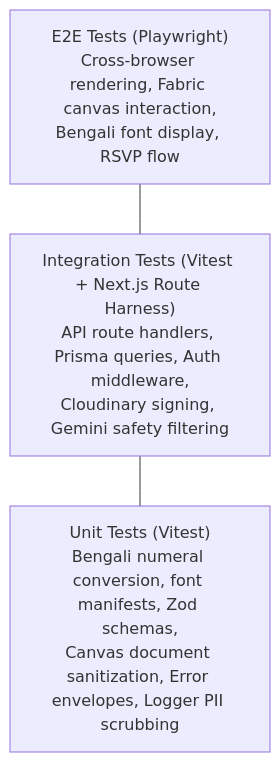
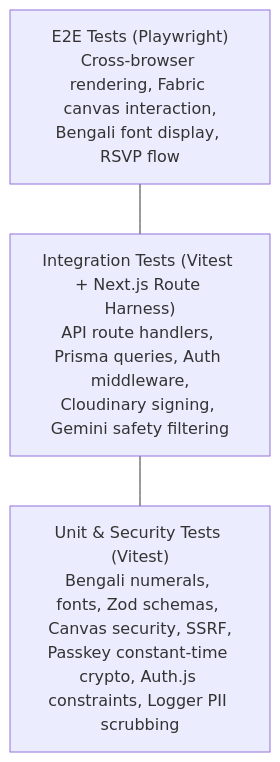
Before and after one commit to Md-Shahriar-Rahman-Shihab/Utsob-Celebrate-Every-Moment: the diagram in docs/testing/testing-strategy.md, drawn with Mermaid. The commit also changed other lines of this file and 43 other files, not shown here.

Commit message:
fix(phase-01.1): resolve auth.js session constraint, harden canvas json schema, and add crypto passkey security

````diff
--- a/docs/testing/testing-strategy.md
+++ b/docs/testing/testing-strategy.md
@@ -13,9 +13,9 @@
 ```mermaid
 flowchart TD
     E2E["E2E Tests (Playwright)\nCross-browser rendering, Fabric canvas interaction,\nBengali font display, RSVP flow"]
     Integration["Integration Tests (Vitest + Next.js Route Harness)\nAPI route handlers, Prisma queries, Auth middleware,\nCloudinary signing, Gemini safety filtering"]
-    Unit["Unit Tests (Vitest)\nBengali numeral conversion, font manifests, Zod schemas,\nCanvas document sanitization, Error envelopes, Logger PII scrubbing"]
+    Unit["Unit & Security Tests (Vitest)\nBengali numerals, fonts, Zod schemas, Canvas security, SSRF,\nPasskey constant-time crypto, Auth.js constraints, Logger PII scrubbing"]
 
     E2E --- Integration
     Integration --- Unit
 ```
````
